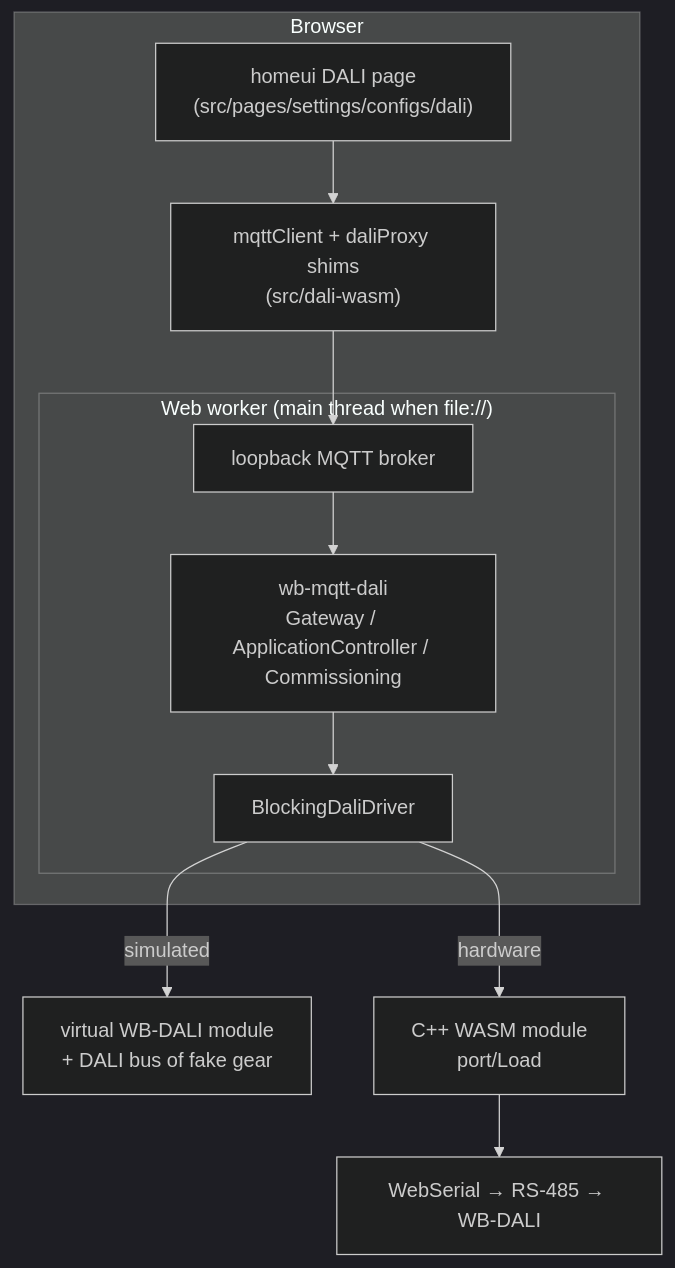
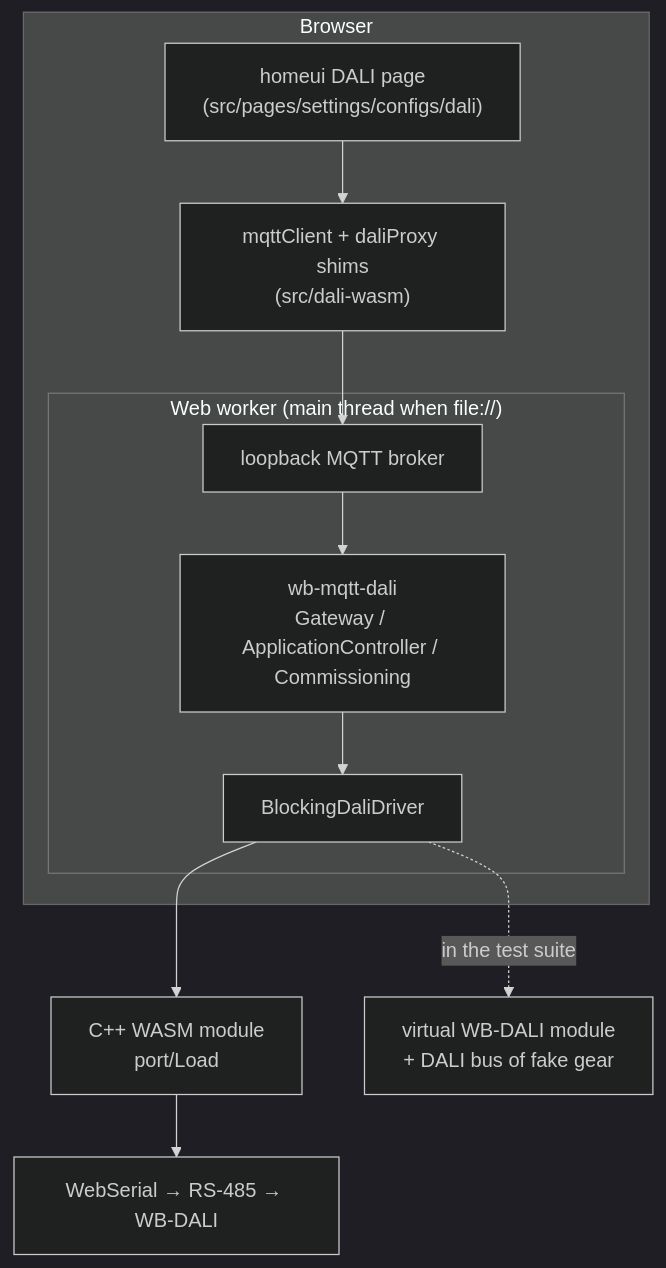
One commit to wirenboard/wb-wasm-device-editor changed the first of 2 diagrams in architecture/dali-in-the-browser.md. Above: the diagram before and after it, drawn with Mermaid (dark theme). The commit also changed other lines of this file and 19 other files, not shown here.

First line of the commit message:
feat(dali): fix what a UX pass against real hardware turned up, drop simulated mode

````diff
--- a/architecture/dali-in-the-browser.md
+++ b/architecture/dali-in-the-browser.md
@@ -35,15 +35,15 @@
 ```mermaid
 graph TD
     subgraph Browser
         UI["homeui DALI page<br/>(src/pages/settings/configs/dali)"]
         Shims["mqttClient + daliProxy shims<br/>(src/dali-wasm)"]
         subgraph Worker["Web worker (main thread when file://)"]
             Broker["loopback MQTT broker"]
             Daemon["wb-mqtt-dali<br/>Gateway / ApplicationController / Commissioning"]
             Driver["BlockingDaliDriver"]
         end
         UI --> Shims --> Broker --> Daemon --> Driver
     end
-    Driver -->|"simulated"| Sim["virtual WB-DALI module<br/>+ DALI bus of fake gear"]
-    Driver -->|"hardware"| Wasm["C++ WASM module<br/>port/Load"] --> Serial["WebSerial → RS-485 → WB-DALI"]
+    Driver --> Wasm["C++ WASM module<br/>port/Load"] --> Serial["WebSerial → RS-485 → WB-DALI"]
+    Driver -.->|"in the test suite"| Sim["virtual WB-DALI module<br/>+ DALI bus of fake gear"]
 ```
````
